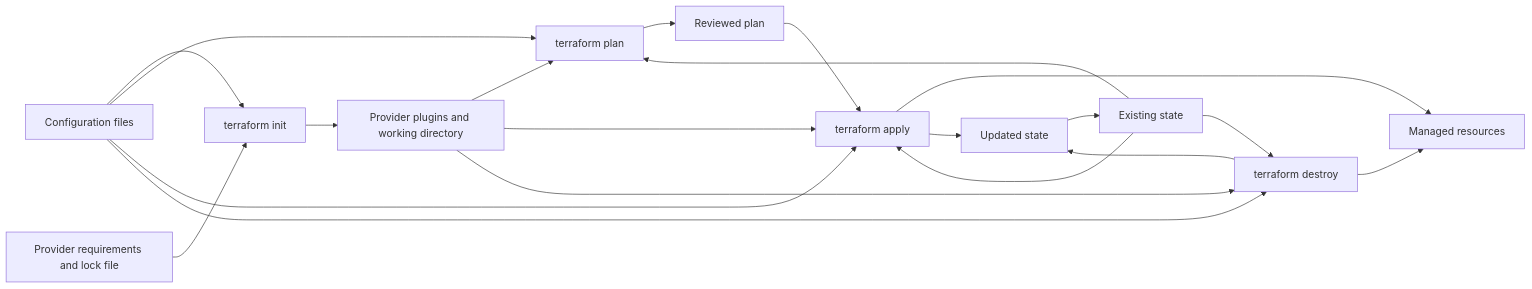
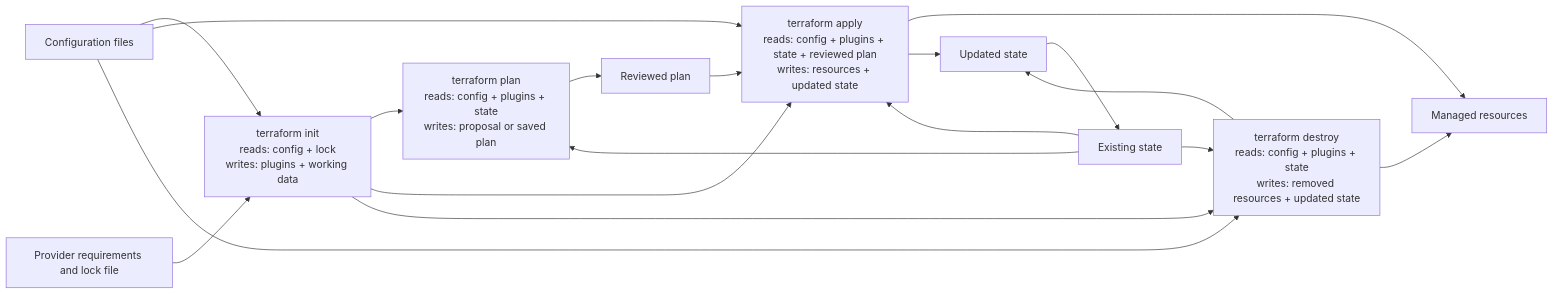
One commit to OpalBolt/Hashicorp-Katas changed the diagram in docs/slices/terraform/01-workflow.md. Above: the diagram before and after it, drawn with Mermaid. The commit also changed other lines of this file and 1 other file, not shown here.

First line of the commit message:
docs(terraform): refocus workflow on resource dependencies

````diff
--- a/docs/slices/terraform/01-workflow.md
+++ b/docs/slices/terraform/01-workflow.md
@@ -36,22 +38,20 @@
 ```mermaid
 flowchart LR
-    config["Configuration files"] --> init["terraform init"]
+    config["Configuration files"] --> init["terraform init<br/>reads: config + lock<br/>writes: plugins + working data"]
     lock["Provider requirements and lock file"] --> init
-    init --> plugins["Provider plugins and working directory"]
-    config --> plan["terraform plan"]
-    plugins --> plan
+    init --> plan["terraform plan<br/>reads: config + plugins + state<br/>writes: proposal or saved plan"]
     state["Existing state"] --> plan
     plan --> review["Reviewed plan"]
-    config --> apply["terraform apply"]
-    plugins --> apply
+    config --> apply["terraform apply<br/>reads: config + plugins + state + reviewed plan<br/>writes: resources + updated state"]
+    init --> apply
     state --> apply
     review --> apply
     apply --> resources["Managed resources"]
     apply --> newstate["Updated state"]
     newstate --> state
-    config --> destroy["terraform destroy"]
-    plugins --> destroy
+    config --> destroy["terraform destroy<br/>reads: config + plugins + state<br/>writes: removed resources + updated state"]
+    init --> destroy
     state --> destroy
     destroy --> resources
     destroy --> newstate
 ```
````
